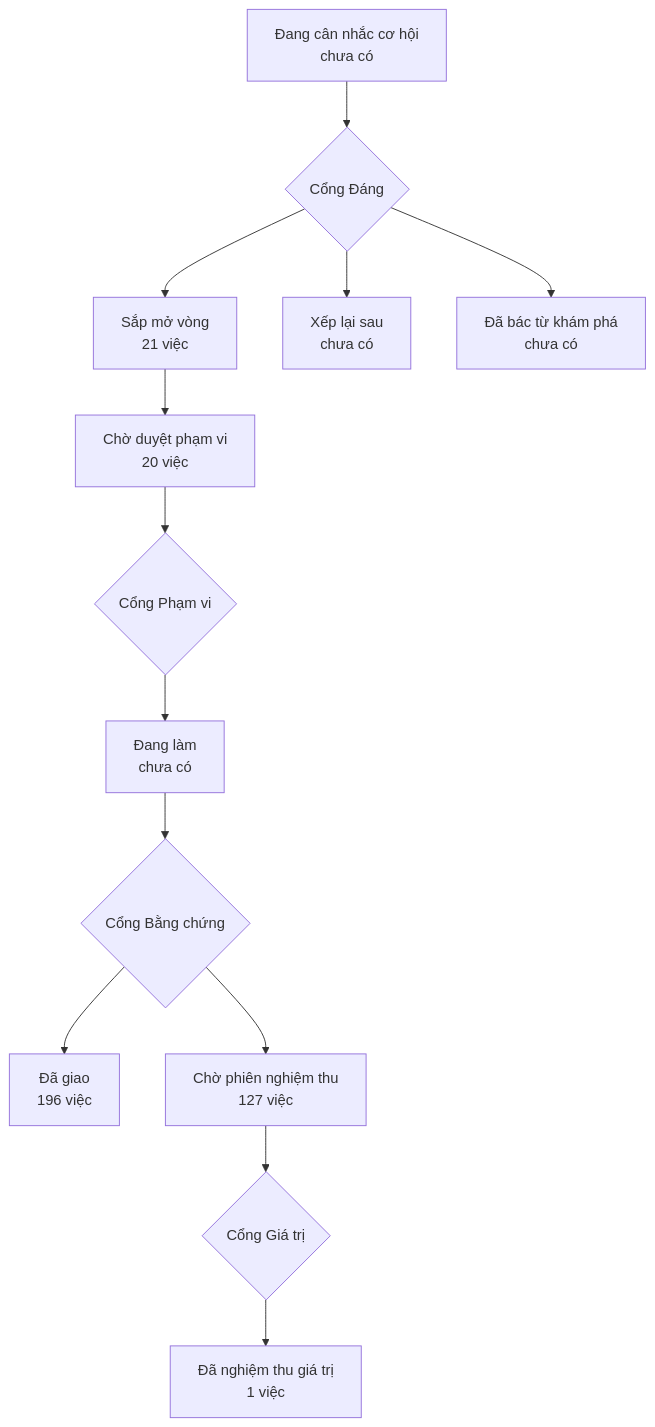
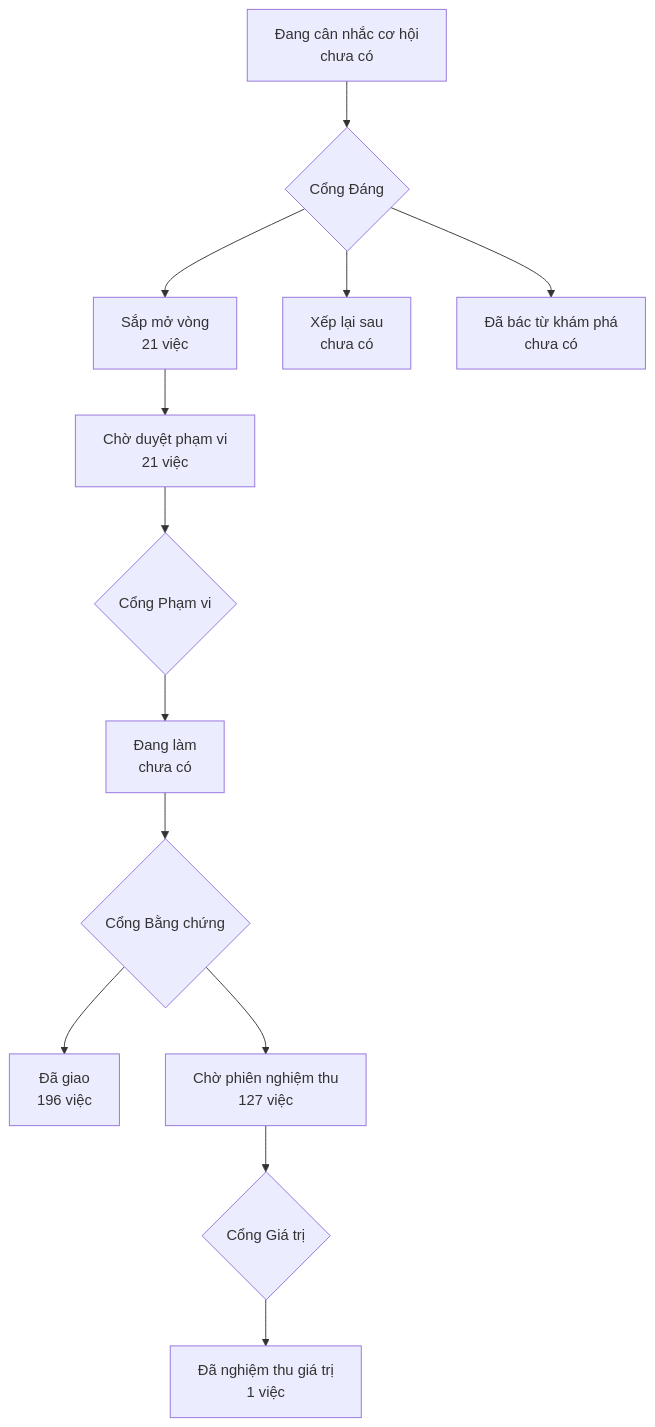
Before and after one commit to phanlemanh/onehub-invest: the diagram in PRODUCT-MAP.md, drawn with Mermaid. The commit also changed other lines of this file and 1 other file, not shown here.

Commit message:
chore(map): vẽ lại bản đồ, LO-TRINH — CG15 S1

````diff
--- a/PRODUCT-MAP.md
+++ b/PRODUCT-MAP.md
@@ -7,12 +7,12 @@
 ```mermaid
 flowchart TD
   A["Đang cân nhắc cơ hội<br/>chưa có"] --> GD{"Cổng Đáng"}
   GD --> B["Sắp mở vòng<br/>21 việc"]
   GD --> XL["Xếp lại sau<br/>chưa có"]
   GD --> DB["Đã bác từ khám phá<br/>chưa có"]
-  B --> CD["Chờ duyệt phạm vi<br/>20 việc"] --> GP{"Cổng Phạm vi"}
+  B --> CD["Chờ duyệt phạm vi<br/>21 việc"] --> GP{"Cổng Phạm vi"}
   GP --> DL["Đang làm<br/>chưa có"] --> GB{"Cổng Bằng chứng"}
   GB --> DG["Đã giao<br/>196 việc"]
   GB --> CN["Chờ phiên nghiệm thu<br/>127 việc"] --> GG{"Cổng Giá trị"}
   GG --> NT["Đã nghiệm thu giá trị<br/>1 việc"]
 ```
````
